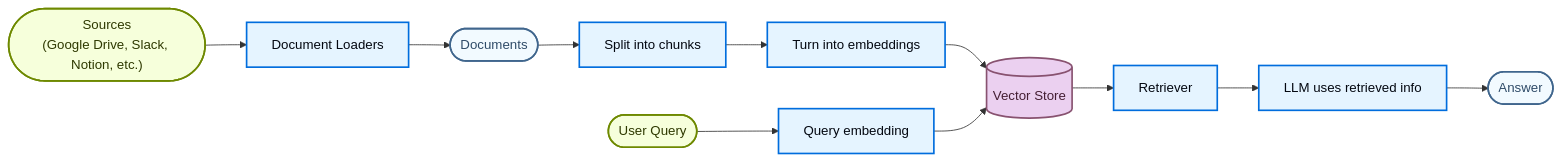
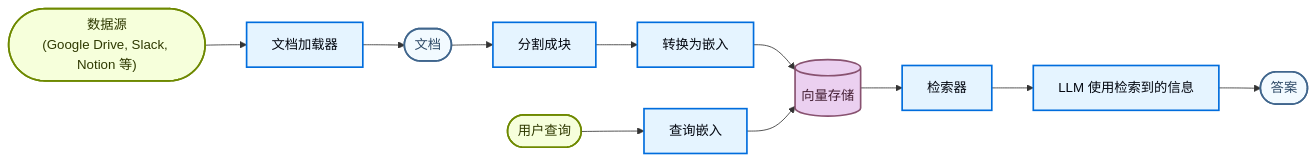
One commit to CodeFly16/langchain-cn-doc changed the first of 4 diagrams in oss/javascript/langchain/retrieval.mdx. Above: the diagram before and after it, drawn with Mermaid. The commit also changed other lines of this file and 47 other files, not shown here.

````diff
--- a/oss/javascript/langchain/retrieval.mdx
+++ b/oss/javascript/langchain/retrieval.mdx
@@ -47,23 +47,23 @@
 ```mermaid
 flowchart LR
-  S(["Sources<br>(Google Drive, Slack, Notion, etc.)"]) --> L[Document Loaders]
-  L --> A([Documents])
-  A --> B[Split into chunks]
-  B --> C[Turn into embeddings]
-  C --> D[(Vector Store)]
-  Q([User Query]) --> E[Query embedding]
+  S(["数据源<br>(Google Drive, Slack, Notion 等)"]) --> L[文档加载器]
+  L --> A([文档])
+  A --> B[分割成块]
+  B --> C[转换为嵌入]
+  C --> D[(向量存储)]
+  Q([用户查询]) --> E[查询嵌入]
   E --> D
-  D --> F[Retriever]
-  F --> G[LLM uses retrieved info]
-  G --> H([Answer])
+  D --> F[检索器]
+  F --> G[LLM 使用检索到的信息]
+  G --> H([答案])
 
   classDef trigger fill:#F6FFDB,stroke:#6E8900,stroke-width:2px,color:#2E3900
   classDef process fill:#E5F4FF,stroke:#006DDD,stroke-width:2px,color:#030710
   classDef output fill:#EBD0F0,stroke:#885270,stroke-width:2px,color:#441E33
   classDef neutral fill:#F2FAFF,stroke:#40668D,stroke-width:2px,color:#2F4B68
 
   class S,Q trigger
   class L,B,C,E,F,G process
   class D output
   class A,H neutral
 ```
````
